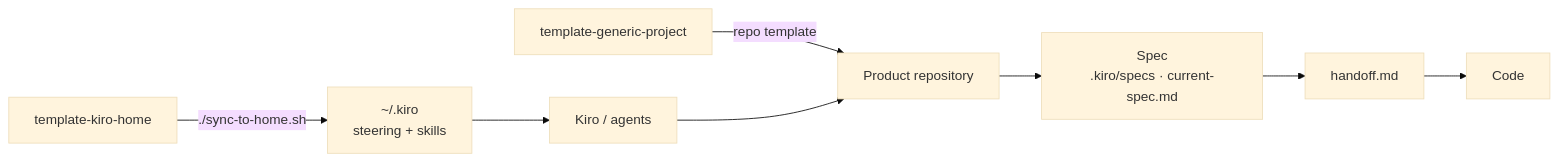
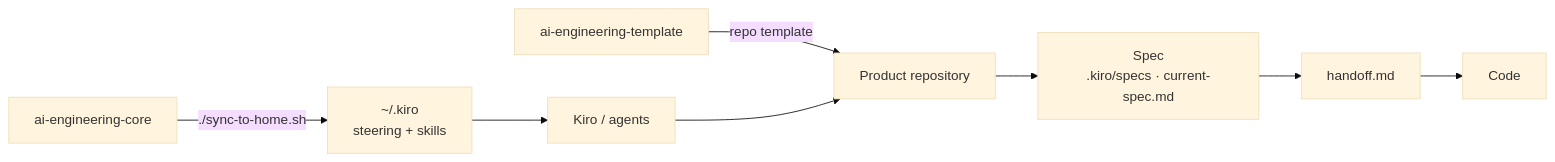
The diagram in README.md (LaProgrammerie/template-kiro-home), drawn with Mermaid (base theme) before and after one commit. The commit also changed other lines of this file and 1 other file, not shown here.

First line of the commit message:
docs: rename repos to ai-engineering-core + ai-engineering-template

````diff
--- a/README.md
+++ b/README.md
@@ -26,10 +26,10 @@
 ```mermaid
 flowchart LR
-  TKH["template-kiro-home"] -->|"./sync-to-home.sh"| HOME["~/.kiro<br/>steering + skills"]
+  AEC["ai-engineering-core"] -->|"./sync-to-home.sh"| HOME["~/.kiro<br/>steering + skills"]
   HOME --> AGENTS["Kiro / agents"]
-  TGP["template-generic-project"] -->|"repo template"| REPO["Product repository"]
+  AET["ai-engineering-template"] -->|"repo template"| REPO["Product repository"]
   AGENTS --> REPO
   REPO --> SPEC["Spec<br/>.kiro/specs · current-spec.md"]
   SPEC --> HO["handoff.md"]
   HO --> CODE["Code"]
 ```
````
